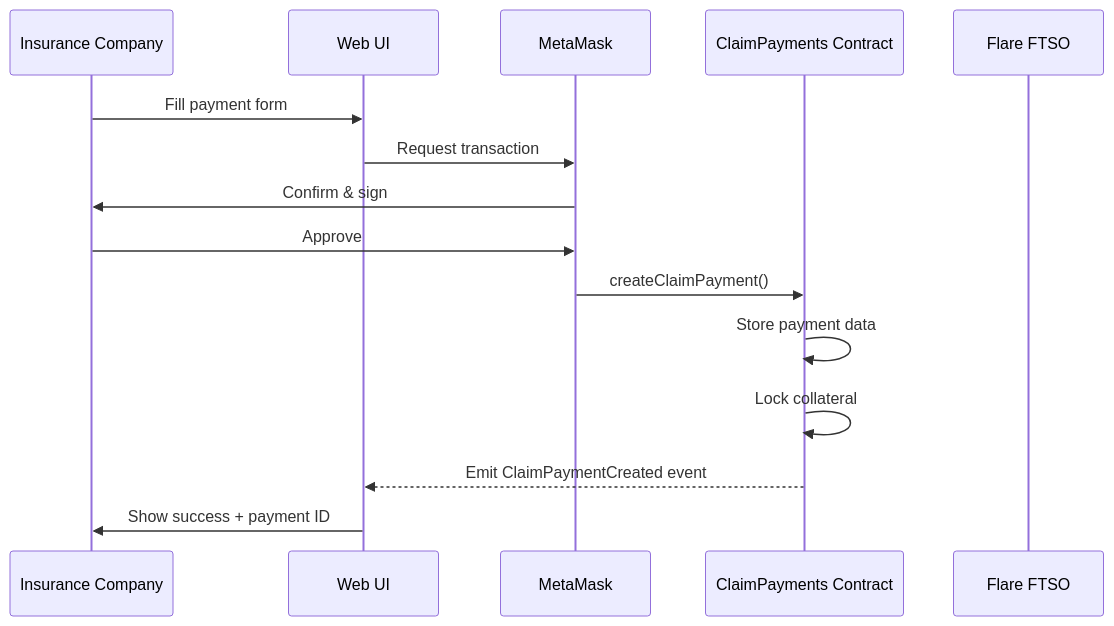
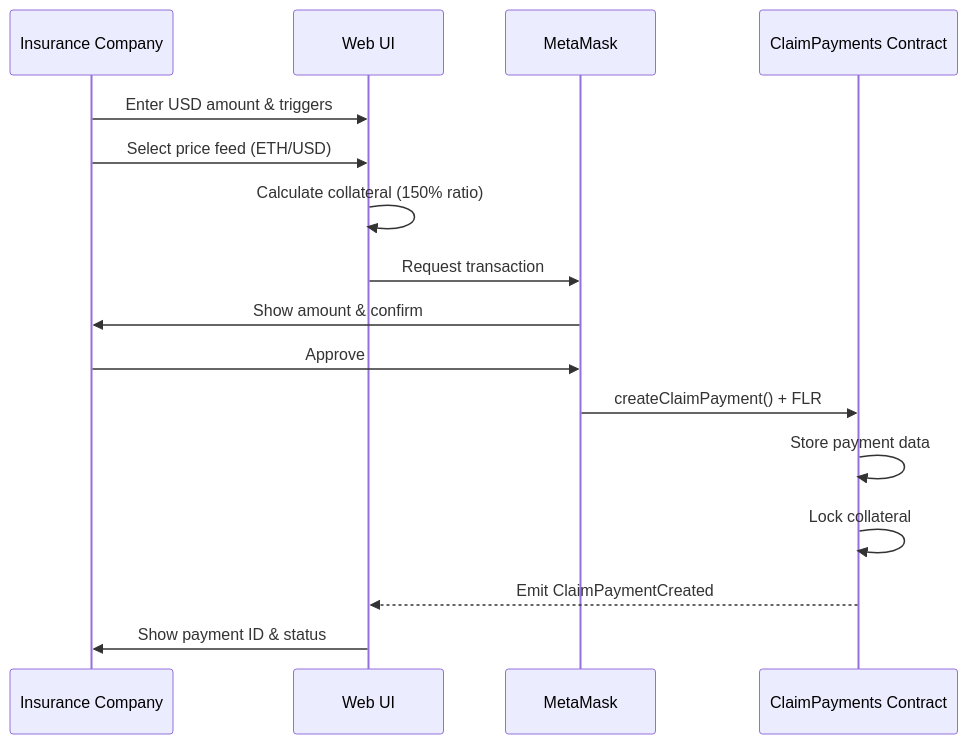
Before and after one commit to SLAP-Solutions/Hack022026: the first of 3 diagrams in docs/02-how-it-works.md, drawn with Mermaid. The commit also changed other lines of this file and 29 other files, not shown here.

First line of the commit message:
feat: Initialize payment keeper service with TypeScript and contract interaction

````diff
--- a/docs/02-how-it-works.md
+++ b/docs/02-how-it-works.md
@@ -7,18 +28,19 @@
 ```mermaid
 sequenceDiagram
     participant User as Insurance Company
     participant UI as Web UI
     participant Wallet as MetaMask
     participant Contract as ClaimPayments Contract
-    participant FTSO as Flare FTSO
 
-    User->>UI: Fill payment form
+    User->>UI: Enter USD amount & triggers
+    User->>UI: Select price feed (ETH/USD)
+    UI->>UI: Calculate collateral (150% ratio)
     UI->>Wallet: Request transaction
-    Wallet->>User: Confirm & sign
+    Wallet->>User: Show amount & confirm
     User->>Wallet: Approve
-    Wallet->>Contract: createClaimPayment()
+    Wallet->>Contract: createClaimPayment() + FLR
     Contract->>Contract: Store payment data
     Contract->>Contract: Lock collateral
-    Contract-->>UI: Emit ClaimPaymentCreated event
-    UI->>User: Show success + payment ID
+    Contract-->>UI: Emit ClaimPaymentCreated
+    UI->>User: Show payment ID & status
 ```
````
